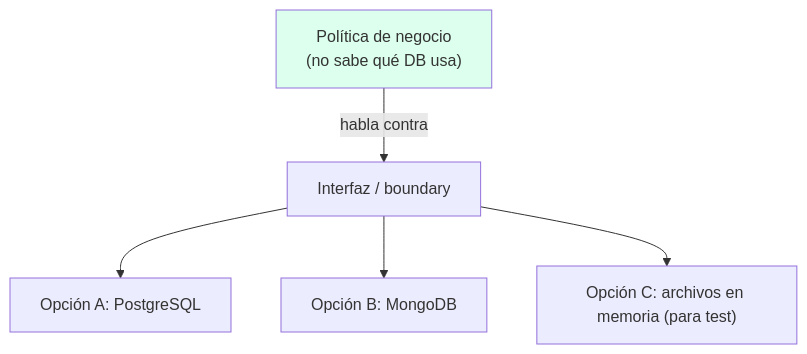
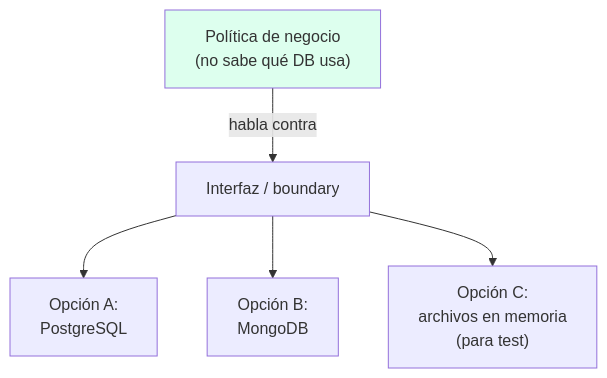
The second of 2 diagrams in 05-arquitectura-conceptos-centrales/02-mantener-opciones-abiertas.md (JavierMachucaA/clean-architecture-guia), drawn with Mermaid before and after one commit. The commit also changed 2 other files, not shown here.

Commit message:
actualizando documentacion

````diff
--- a/05-arquitectura-conceptos-centrales/02-mantener-opciones-abiertas.md
+++ b/05-arquitectura-conceptos-centrales/02-mantener-opciones-abiertas.md
@@ -58,8 +58,8 @@
 ```mermaid
 flowchart TD
     P["Política de negocio<br/>(no sabe qué DB usa)"] -->|habla contra| I["Interfaz / boundary"]
-    I --> DB1["Opción A: PostgreSQL"]
-    I --> DB2["Opción B: MongoDB"]
-    I --> DB3["Opción C: archivos en memoria (para test)"]
+    I --> DB1["Opción A:<br/>PostgreSQL"]
+    I --> DB2["Opción B:<br/>MongoDB"]
+    I --> DB3["Opción C:<br/>archivos en memoria<br/>(para test)"]
     style P fill:#dfe
 ```
````
